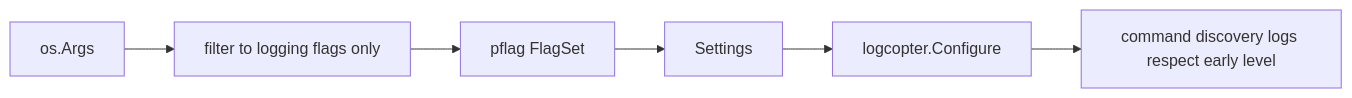
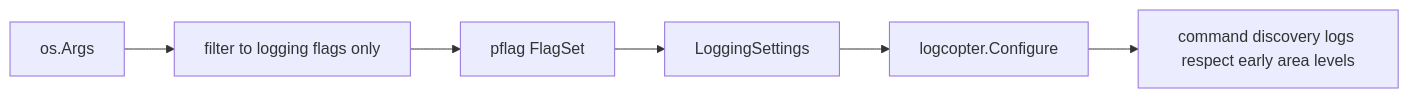
One commit to go-go-golems/logcopter changed the third of 3 diagrams in ttmp/2026/05/25/LOGCOPTER-001--initial-logcopter-implementation-design/design-doc/01-initial-logcopter-implementation-guide.md. Above: the diagram before and after it, drawn with Mermaid. The commit also changed other lines of this file and 4 other files, not shown here.

````diff
--- a/ttmp/2026/05/25/LOGCOPTER-001--initial-logcopter-implementation-design/design-doc/01-initial-logcopter-implementation-guide.md
+++ b/ttmp/2026/05/25/LOGCOPTER-001--initial-logcopter-implementation-design/design-doc/01-initial-logcopter-implementation-guide.md
@@ -813,8 +814,8 @@
 ```mermaid
 flowchart LR
     A[os.Args] --> B[filter to logging flags only]
     B --> C[pflag FlagSet]
-    C --> D[Settings]
+    C --> D[LoggingSettings]
     D --> E[logcopter.Configure]
-    E --> F[command discovery logs respect early level]
+    E --> F[command discovery logs respect early area levels]
 ```
````
